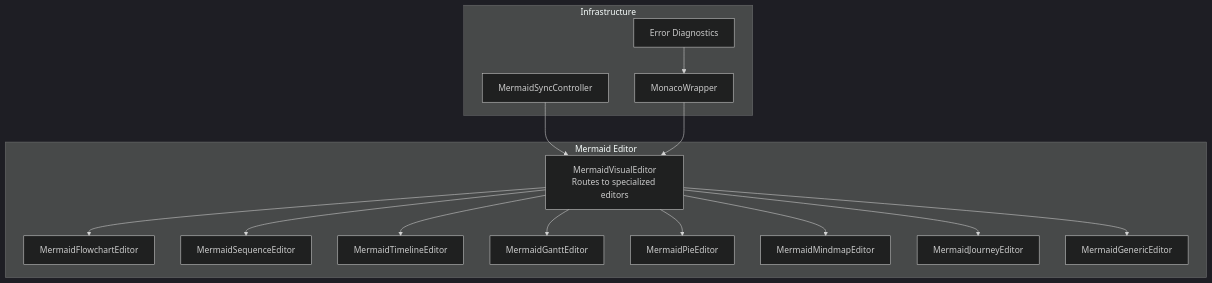
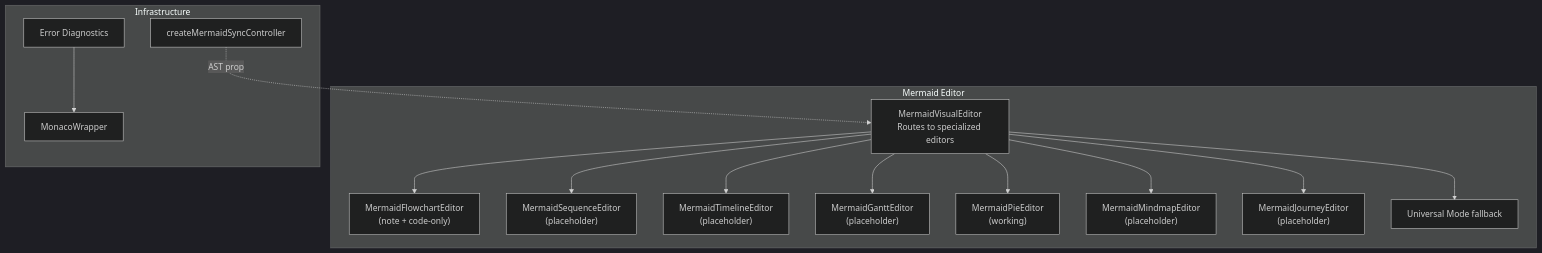
One commit to ongchonghian/universal-diagram-editor changed the first of 10 diagrams in .qoder/repowiki/en/content/Diagram Types and Formats/Mermaid Diagrams/Advanced Chart Types.md. Above: the diagram before and after it, drawn with Mermaid (dark theme). The commit also changed other lines of this file and 31 other files, not shown here.

````diff
--- a/.qoder/repowiki/en/content/Diagram Types and Formats/Mermaid Diagrams/Advanced Chart Types.md
+++ b/.qoder/repowiki/en/content/Diagram Types and Formats/Mermaid Diagrams/Advanced Chart Types.md
@@ -37,30 +35,29 @@
 ```mermaid
 graph TB
 subgraph "Mermaid Editor"
 Router["MermaidVisualEditor<br/>Routes to specialized editors"]
-Flowchart["MermaidFlowchartEditor"]
-Sequence["MermaidSequenceEditor"]
-Timeline["MermaidTimelineEditor"]
-Gantt["MermaidGanttEditor"]
-Pie["MermaidPieEditor"]
-Mindmap["MermaidMindmapEditor"]
-Journey["MermaidJourneyEditor"]
-Generic["MermaidGenericEditor"]
+Flowchart["MermaidFlowchartEditor<br/>(note + code-only)"]
+Sequence["MermaidSequenceEditor<br/>(placeholder)"]
+Timeline["MermaidTimelineEditor<br/>(placeholder)"]
+Gantt["MermaidGanttEditor<br/>(placeholder)"]
+Pie["MermaidPieEditor<br/>(working)"]
+Mindmap["MermaidMindmapEditor<br/>(placeholder)"]
+Journey["MermaidJourneyEditor<br/>(placeholder)"]
+Generic["Universal Mode fallback"]
 end
 subgraph "Infrastructure"
-Sync["MermaidSyncController"]
+Sync["createMermaidSyncController"]
 Monaco["MonacoWrapper"]
 Diagnostics["Error Diagnostics"]
 end
 Router --> Flowchart
 Router --> Sequence
 Router --> Timeline
 Router --> Gantt
 Router --> Pie
 Router --> Mindmap
 Router --> Journey
 Router --> Generic
-Sync --> Router
-Monaco --> Router
+Sync -.-> |AST prop| Router
 Diagnostics --> Monaco
 ```
````
